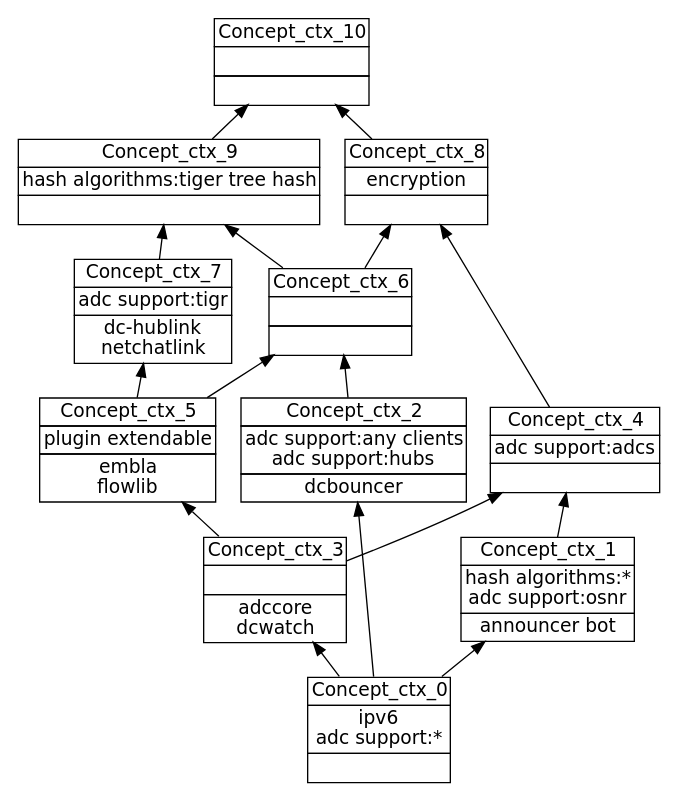
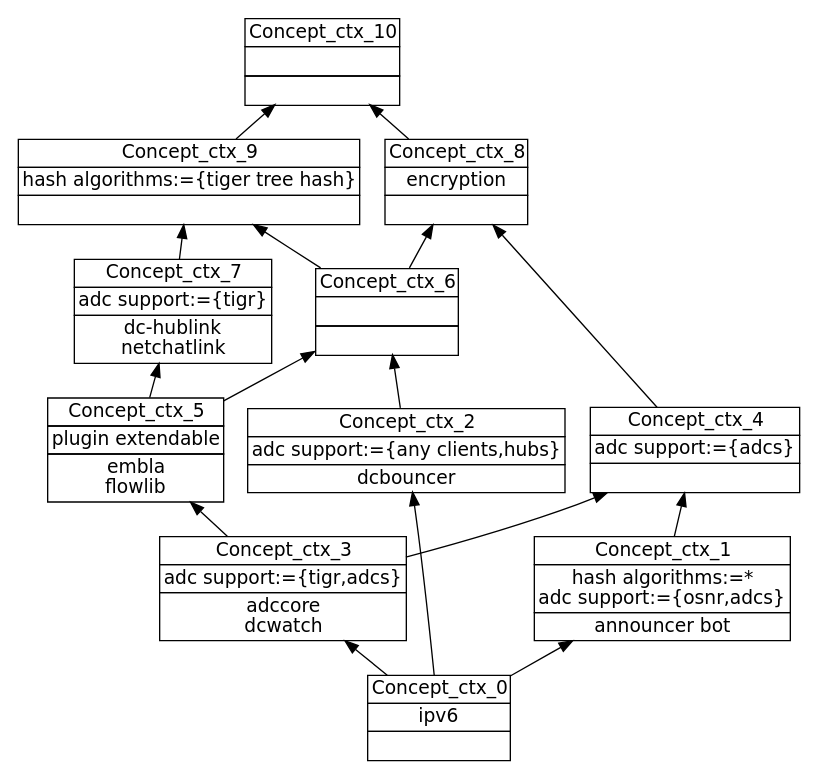
Before and after one commit to jcarbonnel/CLEF: the diagram in CLEF/data/Comparison_of_ADC_software_11/FCA/step0-0.dot, drawn with Graphviz. The commit also changed 803 other files, not shown here.

```diff
--- a/CLEF/data/Comparison_of_ADC_software_11/FCA/step0-0.dot
+++ b/CLEF/data/Comparison_of_ADC_software_11/FCA/step0-0.dot
@@ -1,34 +1,34 @@
 digraph G { 
 	rankdir=BT;
 	margin=0;
 	node [margin="0.03,0.03",fontname="DejaVu Sans"];
 	ranksep=0.3;
 	nodesep=0.2;
-//graph[label="name:ctx,concept number:11,object number:8,attribute number:11"
+//graph[label="name:ctx,concept number:11,object number:8,attribute number:10"
 0 [shape=none,label=<<table border="0" cellborder="1" cellspacing="0" port="p"><tr><td>Concept_ctx_10</td></tr><tr><td><br/></td></tr><tr><td><br/></td></tr></table>>];
 1 [shape=none,label=<<table border="0" cellborder="1" cellspacing="0" port="p"><tr><td>Concept_ctx_8</td></tr><tr><td>encryption<br/></td></tr><tr><td><br/></td></tr></table>>];
-2 [shape=none,label=<<table border="0" cellborder="1" cellspacing="0" port="p"><tr><td>Concept_ctx_0</td></tr><tr><td>ipv6<br/>adc support:*<br/></td></tr><tr><td><br/></td></tr></table>>];
+2 [shape=none,label=<<table border="0" cellborder="1" cellspacing="0" port="p"><tr><td>Concept_ctx_0</td></tr><tr><td>ipv6<br/></td></tr><tr><td><br/></td></tr></table>>];
 3 [shape=none,label=<<table border="0" cellborder="1" cellspacing="0" port="p"><tr><td>Concept_ctx_5</td></tr><tr><td>plugin extendable<br/></td></tr><tr><td>embla<br/>flowlib<br/></td></tr></table>>];
 4 [shape=none,label=<<table border="0" cellborder="1" cellspacing="0" port="p"><tr><td>Concept_ctx_6</td></tr><tr><td><br/></td></tr><tr><td><br/></td></tr></table>>];
-5 [shape=none,label=<<table border="0" cellborder="1" cellspacing="0" port="p"><tr><td>Concept_ctx_9</td></tr><tr><td>hash algorithms:tiger tree hash<br/></td></tr><tr><td><br/></td></tr></table>>];
-6 [shape=none,label=<<table border="0" cellborder="1" cellspacing="0" port="p"><tr><td>Concept_ctx_1</td></tr><tr><td>hash algorithms:*<br/>adc support:osnr<br/></td></tr><tr><td>announcer bot<br/></td></tr></table>>];
-7 [shape=none,label=<<table border="0" cellborder="1" cellspacing="0" port="p"><tr><td>Concept_ctx_7</td></tr><tr><td>adc support:tigr<br/></td></tr><tr><td>dc-hublink<br/>netchatlink<br/></td></tr></table>>];
-8 [shape=none,label=<<table border="0" cellborder="1" cellspacing="0" port="p"><tr><td>Concept_ctx_3</td></tr><tr><td><br/></td></tr><tr><td>adccore<br/>dcwatch<br/></td></tr></table>>];
-9 [shape=none,label=<<table border="0" cellborder="1" cellspacing="0" port="p"><tr><td>Concept_ctx_4</td></tr><tr><td>adc support:adcs<br/></td></tr><tr><td><br/></td></tr></table>>];
-10 [shape=none,label=<<table border="0" cellborder="1" cellspacing="0" port="p"><tr><td>Concept_ctx_2</td></tr><tr><td>adc support:any clients<br/>adc support:hubs<br/></td></tr><tr><td>dcbouncer<br/></td></tr></table>>];
+5 [shape=none,label=<<table border="0" cellborder="1" cellspacing="0" port="p"><tr><td>Concept_ctx_9</td></tr><tr><td>hash algorithms:={tiger tree hash}<br/></td></tr><tr><td><br/></td></tr></table>>];
+6 [shape=none,label=<<table border="0" cellborder="1" cellspacing="0" port="p"><tr><td>Concept_ctx_1</td></tr><tr><td>hash algorithms:=*<br/>adc support:={osnr,adcs}<br/></td></tr><tr><td>announcer bot<br/></td></tr></table>>];
+7 [shape=none,label=<<table border="0" cellborder="1" cellspacing="0" port="p"><tr><td>Concept_ctx_7</td></tr><tr><td>adc support:={tigr}<br/></td></tr><tr><td>dc-hublink<br/>netchatlink<br/></td></tr></table>>];
+8 [shape=none,label=<<table border="0" cellborder="1" cellspacing="0" port="p"><tr><td>Concept_ctx_3</td></tr><tr><td>adc support:={tigr,adcs}<br/></td></tr><tr><td>adccore<br/>dcwatch<br/></td></tr></table>>];
+9 [shape=none,label=<<table border="0" cellborder="1" cellspacing="0" port="p"><tr><td>Concept_ctx_4</td></tr><tr><td>adc support:={adcs}<br/></td></tr><tr><td><br/></td></tr></table>>];
+10 [shape=none,label=<<table border="0" cellborder="1" cellspacing="0" port="p"><tr><td>Concept_ctx_2</td></tr><tr><td>adc support:={any clients,hubs}<br/></td></tr><tr><td>dcbouncer<br/></td></tr></table>>];
 	1:p -> 0:p
 	5:p -> 0:p
 	9:p -> 1:p
 	4:p -> 1:p
 	8:p -> 3:p
 	3:p -> 4:p
 	10:p -> 4:p
 	7:p -> 5:p
 	4:p -> 5:p
 	2:p -> 6:p
 	3:p -> 7:p
 	2:p -> 8:p
 	8:p -> 9:p
 	6:p -> 9:p
 	2:p -> 10:p
 }
```
